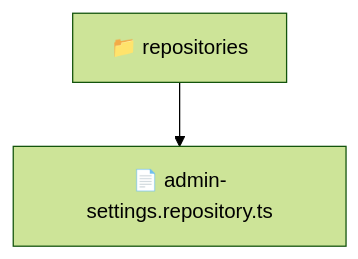
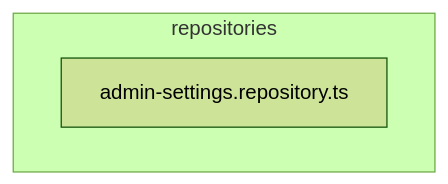
The diagram in backend/src/modules/admin-settings/infrastructure/repositories/README.md (beginwebdev2002/fullstack-mavluda), drawn with Mermaid (forest theme) before and after one commit. The commit also changed other lines of this file and 163 other files, not shown here.

````diff
--- a/backend/src/modules/admin-settings/infrastructure/repositories/README.md
+++ b/backend/src/modules/admin-settings/infrastructure/repositories/README.md
@@ -9,5 +15,6 @@
 ```mermaid
 graph TD
-  Root["📁 repositories"]
-  Root --> admin_settings_repository_ts["📄 admin-settings.repository.ts"]
+  subgraph repositories
+    admin_settings_repository_ts["admin-settings.repository.ts"]
+  end
 ```
````
